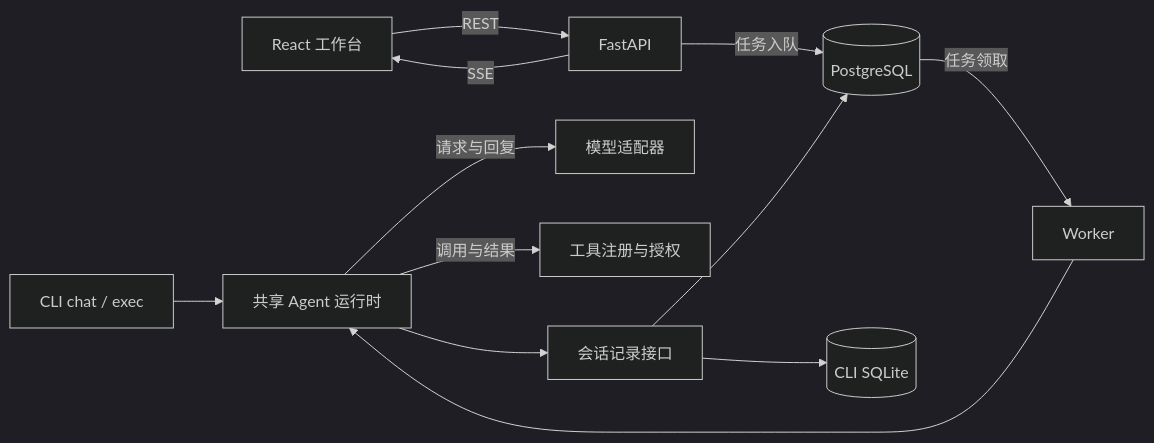
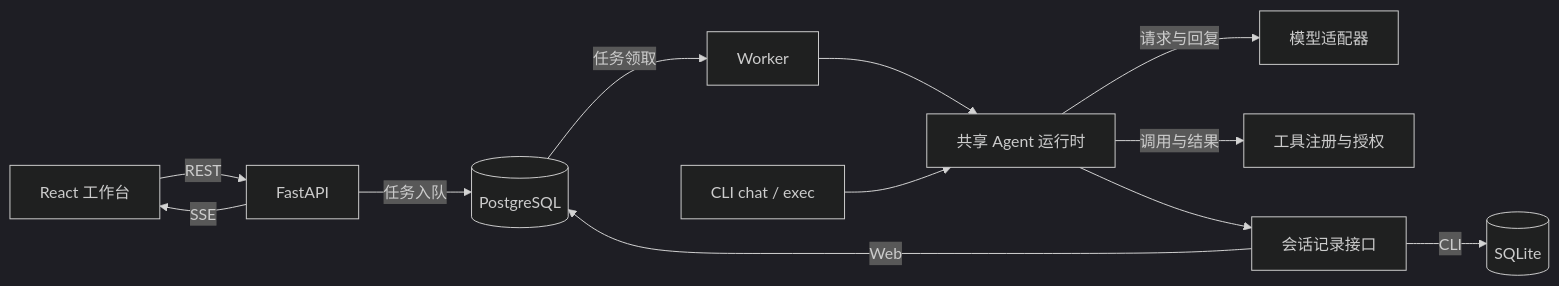
The diagram in README.md (lyx0902/StellarWeaver), drawn with Mermaid (dark theme) before and after one commit. The commit also changed other lines of this file and 27 other files, not shown here.

````diff
--- a/README.md
+++ b/README.md
@@ -23,14 +46,14 @@
 ```mermaid
 flowchart LR
-    CLI["CLI chat / exec"] --> Agent["共享 Agent 运行时"]
     UI["React 工作台"] -->|REST| API["FastAPI"]
     API -->|任务入队| PG[(PostgreSQL)]
     PG -->|任务领取| Worker["Worker"]
-    Worker --> Agent
+    Worker --> Agent["共享 Agent 运行时"]
+    CLI["CLI chat / exec"] --> Agent
     Agent -->|请求与回复| Provider["模型适配器"]
     Agent -->|调用与结果| Tools["工具注册与授权"]
     Agent --> Journal["会话记录接口"]
-    Journal --> SQLite[(CLI SQLite)]
-    Journal --> PG
+    Journal -->|CLI| SQLite[(SQLite)]
+    Journal -->|Web| PG
     API -->|SSE| UI
 ```
````
